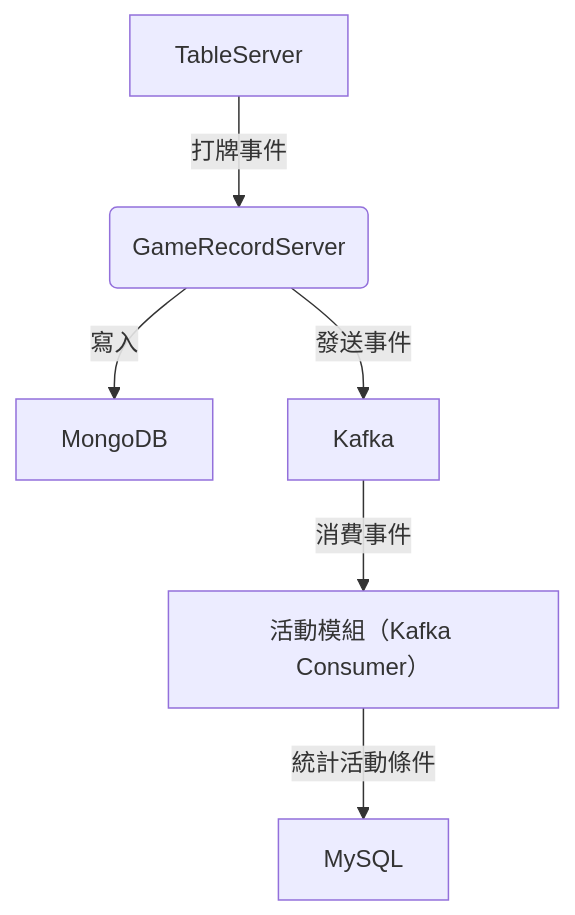
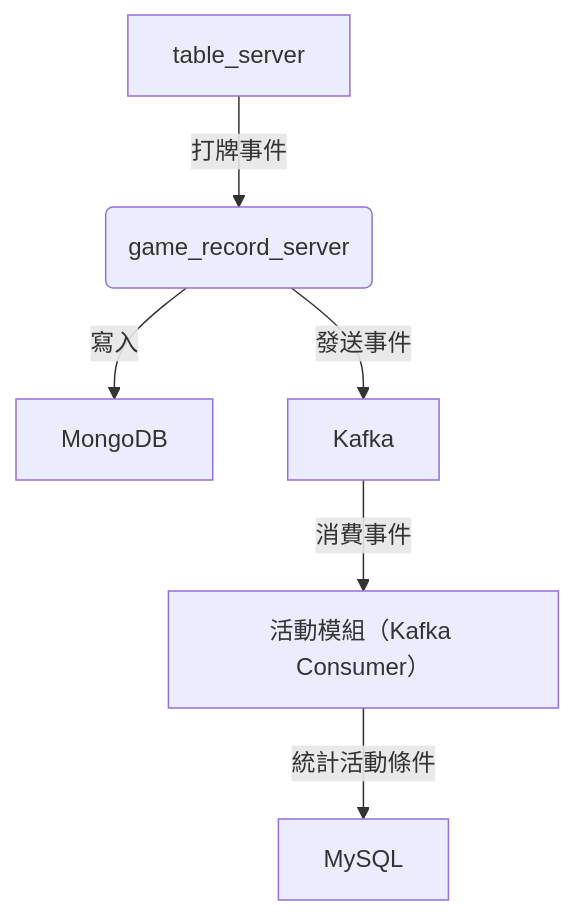
The first of 2 diagrams in activity_even_driven.md (leeisman/poker_architecture), drawn with Mermaid before and after one commit. The commit also changed other lines of this file and 12 other files, not shown here.

````diff
--- a/activity_even_driven.md
+++ b/activity_even_driven.md
@@ -16,8 +16,8 @@
 ```mermaid
 flowchart TD
-    A[TableServer] -->|打牌事件| B(GameRecordServer)
+    A[table_server] -->|打牌事件| B(game_record_server)
     B -->|寫入| C[MongoDB]
     B -->|發送事件| D[Kafka]
     D -->|消費事件| E[活動模組（Kafka Consumer）]
     E -->|統計活動條件| F[MySQL]
 ```
````
